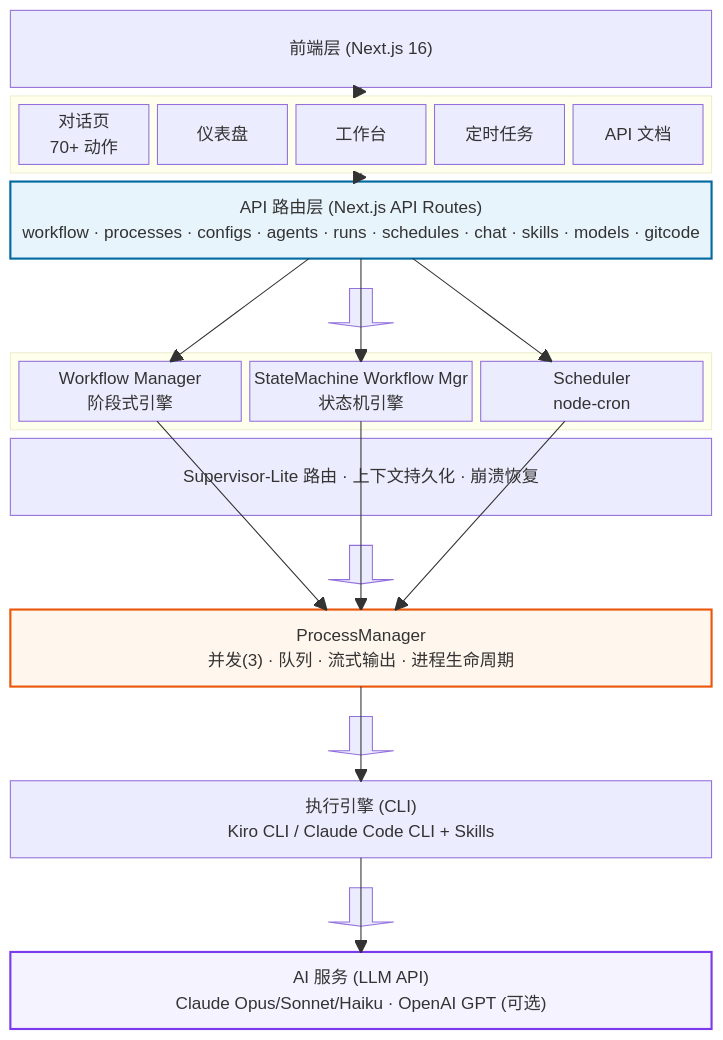
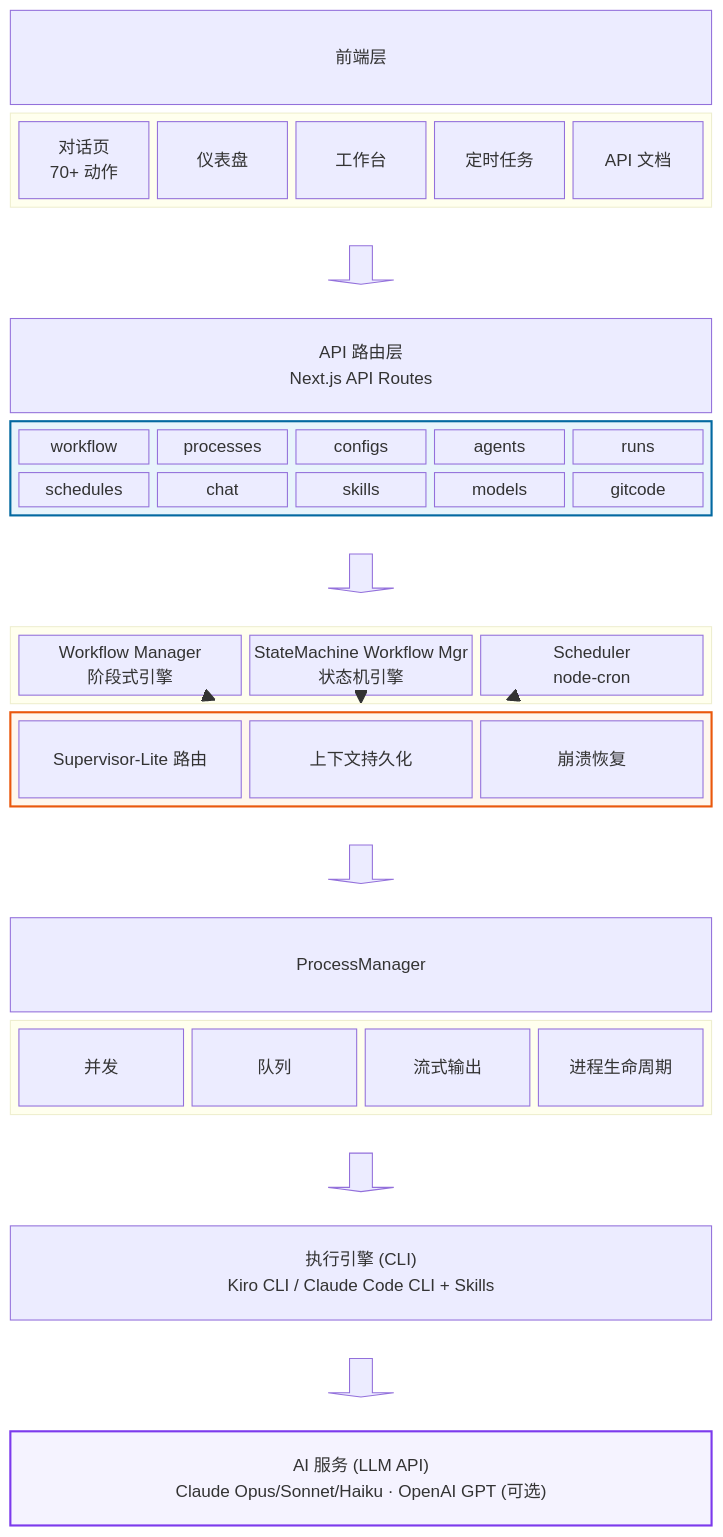
Before and after one commit to cangjielanguage-sig/ACEHarness: the diagram in README.md, drawn with Mermaid.

Commit message:
docs(readme): refactor architecture diagram into block layout
Restructure the Mermaid architecture diagram to use block sections for API routes and process capabilities, improving readability for long module lists.

````diff
--- a/README.md
+++ b/README.md
@@ -147,41 +147,61 @@
 ```mermaid
 block-beta
 columns 1
-  FE["前端层 (Next.js 16)"]
+  FE["前端层"]
   block:Pages
     columns 5
     P1["对话页<br/>70+ 动作"]
     P2["仪表盘"]
     P3["工作台"]
     P4["定时任务"]
     P5["API 文档"]
   end
-  Routes["API 路由层 (Next.js API Routes)<br/>workflow · processes · configs · agents · runs · schedules · chat · skills · models · gitcode"]
   arr1<["&nbsp;&nbsp;&nbsp;"]>(down)
+columns 1
+  RT["API 路由层<br/>Next.js API Routes"]
+  block:Routes
+      columns 5
+      R1["workflow"]
+      R2["processes"]
+      R3["configs"]
+      R4["agents"]
+      R5["runs"]
+      R6["schedules"]
+      R7["chat"]
+      R8["skills"]
+      R9["models"]
+      R10["gitcode"]
+end
+  arr2<["&nbsp;&nbsp;&nbsp;"]>(down)
   block:Engines
     columns 3
     WM["Workflow Manager<br/>阶段式引擎"]
     SM["StateMachine Workflow Mgr<br/>状态机引擎"]
     SC["Scheduler<br/>node-cron"]
   end
-  capSup["Supervisor-Lite 路由 · 上下文持久化 · 崩溃恢复"]
-  arr2<["&nbsp;&nbsp;&nbsp;"]>(down)
-  PM["ProcessManager<br/>并发(3) · 队列 · 流式输出 · 进程生命周期"]
+  block:ProcessManager
+    columns 3
+    S1["Supervisor-Lite 路由"]
+    S2["上下文持久化"]
+    S3["崩溃恢复"]
+  end
   arr3<["&nbsp;&nbsp;&nbsp;"]>(down)
+    PMHdr["ProcessManager"]
+    block:PMFeatures
+      columns 4
+      PM1["并发"]
+      PM2["队列"]
+      PM3["流式输出"]
+      PM4["进程生命周期"]
+  end
+  arr4<["&nbsp;&nbsp;&nbsp;"]>(down)
   EX["执行引擎 (CLI)<br/>Kiro CLI / Claude Code CLI + Skills"]
-  arr4<["&nbsp;&nbsp;&nbsp;"]>(down)
+  arr5<["&nbsp;&nbsp;&nbsp;"]>(down)
   LLM["AI 服务 (LLM API)<br/>Claude Opus/Sonnet/Haiku · OpenAI GPT (可选)"]
-  FE --> Pages
-  Pages --> Routes
-  Routes --> WM
-  Routes --> SM
-  Routes --> SC
-  WM --> PM
-  SM --> PM
-  SC --> PM
-  PM --> EX
-  EX --> LLM
+  WM --> ProcessManager
+  SM --> ProcessManager
+  SC --> ProcessManager
   style Routes fill:#e8f4fc,stroke:#0369a1,stroke-width:2px
-  style PM fill:#fff7ed,stroke:#ea580c,stroke-width:2px
+  style ProcessManager fill:#fff7ed,stroke:#ea580c,stroke-width:2px
   style LLM fill:#f5f3ff,stroke:#7c3aed,stroke-width:2px
 ```
````
